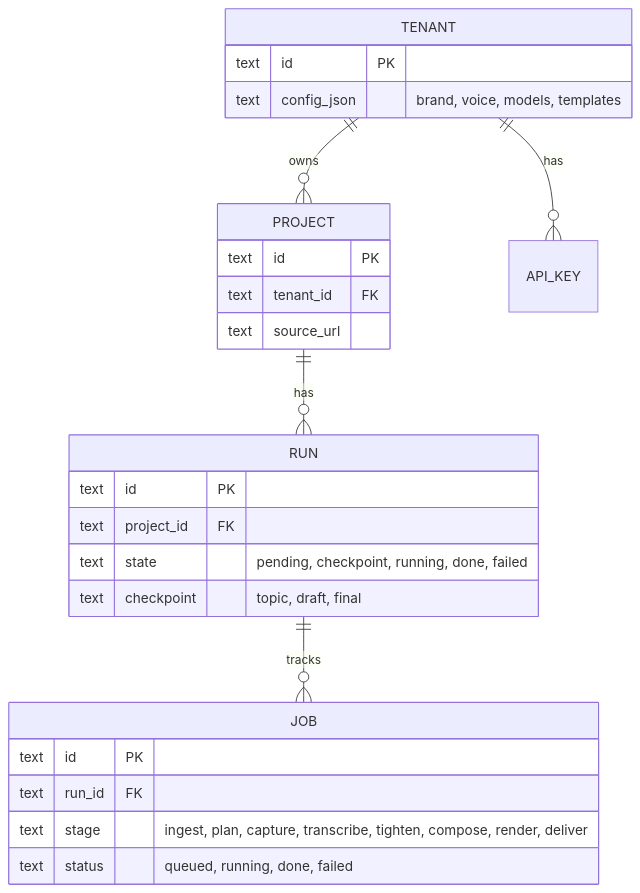
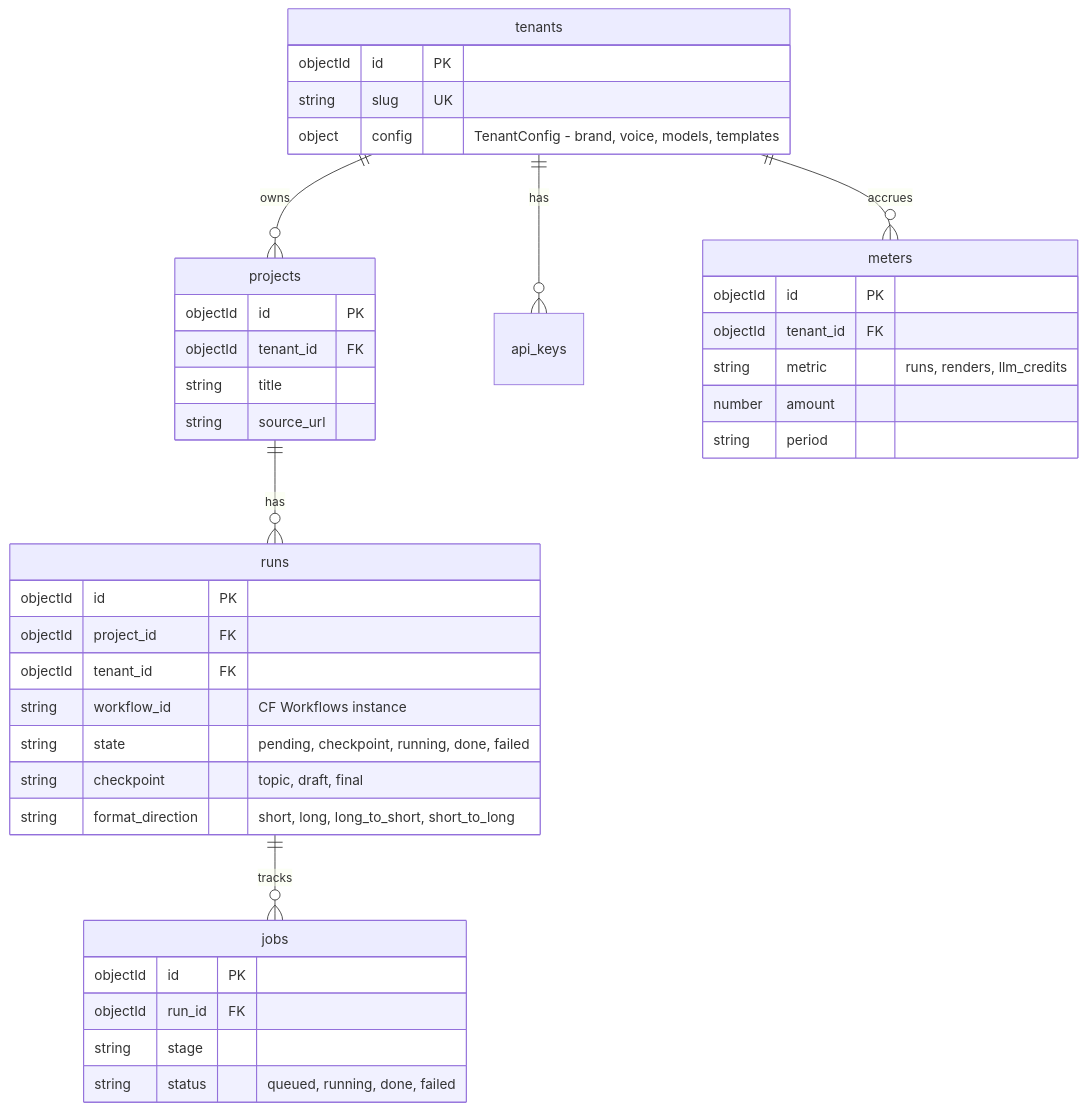
One commit to noah-sheldon/contentforge changed the fourth of 5 diagrams in docs/hld.md. Above: the diagram before and after it, drawn with Mermaid. The commit also changed other lines of this file and 2 other files, not shown here.

First line of the commit message:
docs: final stack — Atlas Mongo + Hetzner OBJ + Netcup VM compute

````diff
--- a/docs/hld.md
+++ b/docs/hld.md
@@ -122,28 +117,41 @@
 ```mermaid
 erDiagram
-    TENANT ||--o{ PROJECT : owns
-    TENANT ||--o{ API_KEY : has
-    TENANT {
-        text id PK
-        text config_json "brand, voice, models, templates"
+    tenants ||--o{ projects : owns
+    tenants ||--o{ api_keys : has
+    tenants ||--o{ meters : accrues
+    projects ||--o{ runs : has
+    runs ||--o{ jobs : tracks
+    tenants {
+        objectId id PK
+        string slug UK
+        object config "TenantConfig - brand, voice, models, templates"
     }
-    PROJECT ||--o{ RUN : has
-    PROJECT {
-        text id PK
-        text tenant_id FK
-        text source_url
+    projects {
+        objectId id PK
+        objectId tenant_id FK
+        string title
+        string source_url
     }
-    RUN ||--o{ JOB : tracks
-    RUN {
-        text id PK
-        text project_id FK
-        text state "pending, checkpoint, running, done, failed"
-        text checkpoint "topic, draft, final"
+    runs {
+        objectId id PK
+        objectId project_id FK
+        objectId tenant_id FK
+        string workflow_id "CF Workflows instance"
+        string state "pending, checkpoint, running, done, failed"
+        string checkpoint "topic, draft, final"
+        string format_direction "short, long, long_to_short, short_to_long"
     }
-    JOB {
-        text id PK
-        text run_id FK
-        text stage "ingest, plan, capture, transcribe, tighten, compose, render, deliver"
-        text status "queued, running, done, failed"
+    jobs {
+        objectId id PK
+        objectId run_id FK
+        string stage
+        string status "queued, running, done, failed"
+    }
+    meters {
+        objectId id PK
+        objectId tenant_id FK
+        string metric "runs, renders, llm_credits"
+        number amount
+        string period
     }
 ```
````
